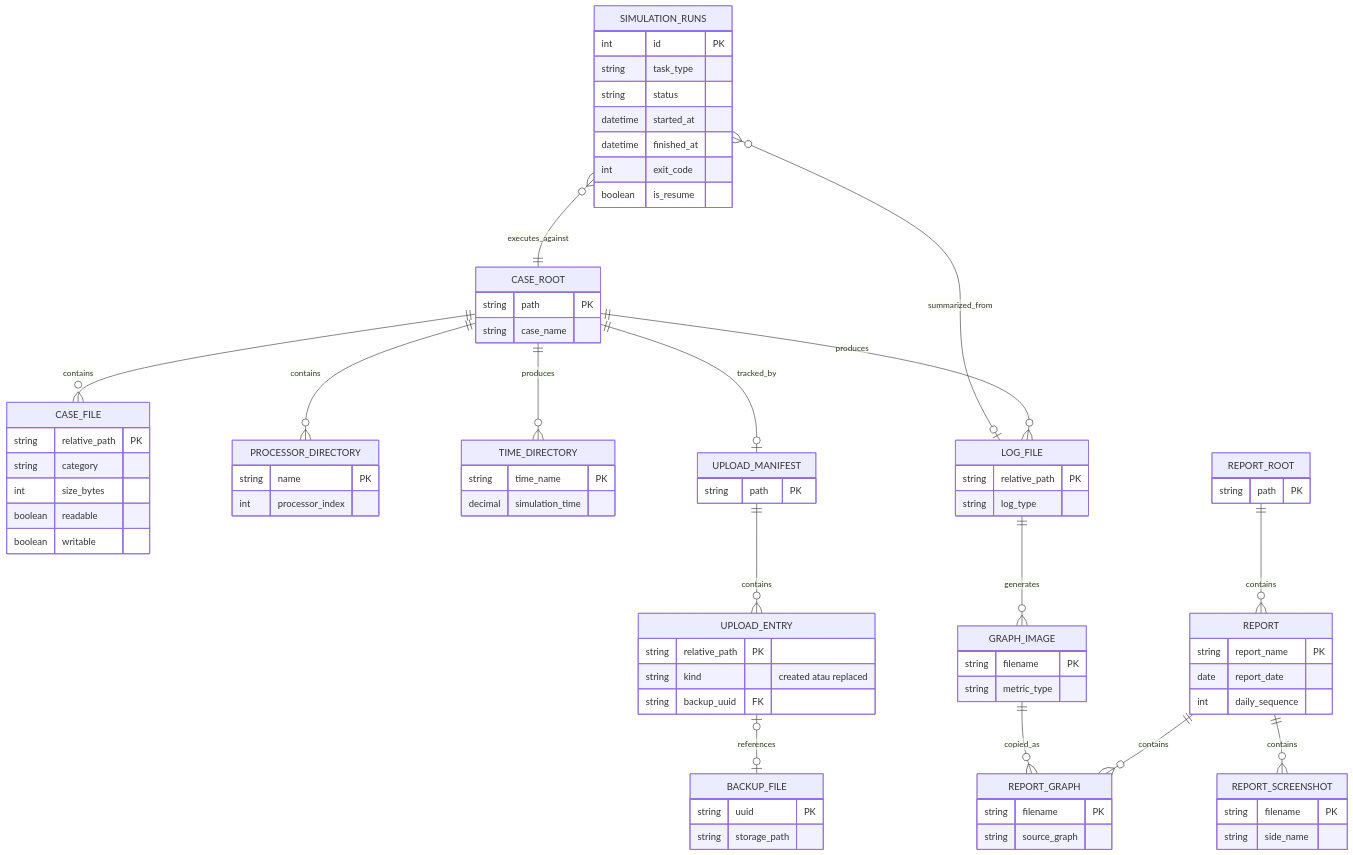
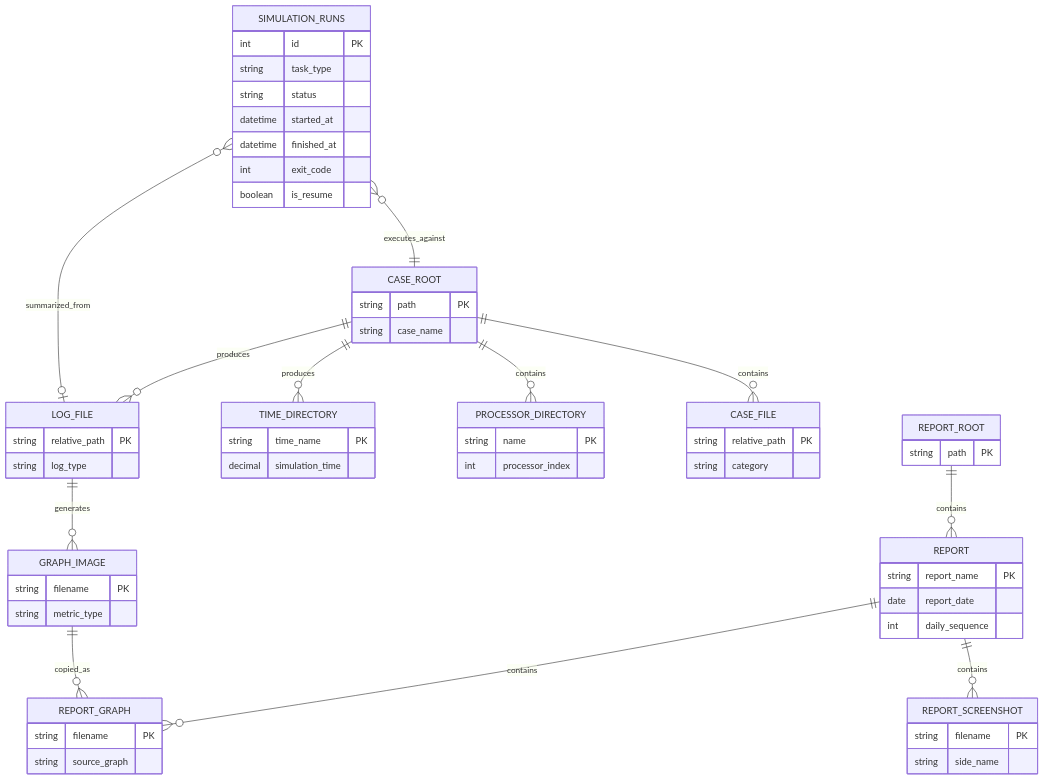
The second of 3 diagrams in UML/erd.md (noosabaktee/interface_onproduct), drawn with Mermaid before and after one commit. The commit also changed other lines of this file and 25 other files, not shown here.

````diff
--- a/UML/erd.md
+++ b/UML/erd.md
@@ -28,82 +28,64 @@
 ```mermaid
 erDiagram
     CASE_ROOT ||--o{ CASE_FILE : contains
     CASE_ROOT ||--o{ PROCESSOR_DIRECTORY : contains
     CASE_ROOT ||--o{ TIME_DIRECTORY : produces
     CASE_ROOT ||--o{ LOG_FILE : produces
-    CASE_ROOT ||--o| UPLOAD_MANIFEST : tracked_by
-    UPLOAD_MANIFEST ||--o{ UPLOAD_ENTRY : contains
-    UPLOAD_ENTRY o|--o| BACKUP_FILE : references
     SIMULATION_RUNS }o--|| CASE_ROOT : executes_against
     SIMULATION_RUNS }o--o| LOG_FILE : summarized_from
     LOG_FILE ||--o{ GRAPH_IMAGE : generates
     REPORT_ROOT ||--o{ REPORT : contains
     REPORT ||--o{ REPORT_SCREENSHOT : contains
     REPORT ||--o{ REPORT_GRAPH : contains
     GRAPH_IMAGE ||--o{ REPORT_GRAPH : copied_as
 
     CASE_ROOT {
         string path PK
         string case_name
     }
     CASE_FILE {
         string relative_path PK
         string category
-        int size_bytes
-        boolean readable
-        boolean writable
     }
     PROCESSOR_DIRECTORY {
         string name PK
         int processor_index
     }
     TIME_DIRECTORY {
         string time_name PK
         decimal simulation_time
     }
     LOG_FILE {
         string relative_path PK
         string log_type
-    }
-    UPLOAD_MANIFEST {
-        string path PK
-    }
-    UPLOAD_ENTRY {
-        string relative_path PK
-        string kind "created atau replaced"
-        string backup_uuid FK
-    }
-    BACKUP_FILE {
-        string uuid PK
-        string storage_path
     }
     SIMULATION_RUNS {
         int id PK
         string task_type
         string status
         datetime started_at
         datetime finished_at
         int exit_code
         boolean is_resume
     }
     GRAPH_IMAGE {
         string filename PK
         string metric_type
     }
     REPORT_ROOT {
         string path PK
     }
     REPORT {
         string report_name PK
         date report_date
         int daily_sequence
     }
     REPORT_SCREENSHOT {
         string filename PK
         string side_name
     }
     REPORT_GRAPH {
         string filename PK
         string source_graph
     }
 ```
````
